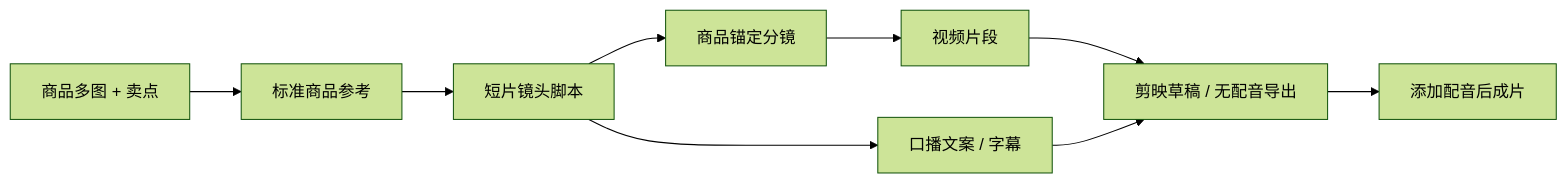
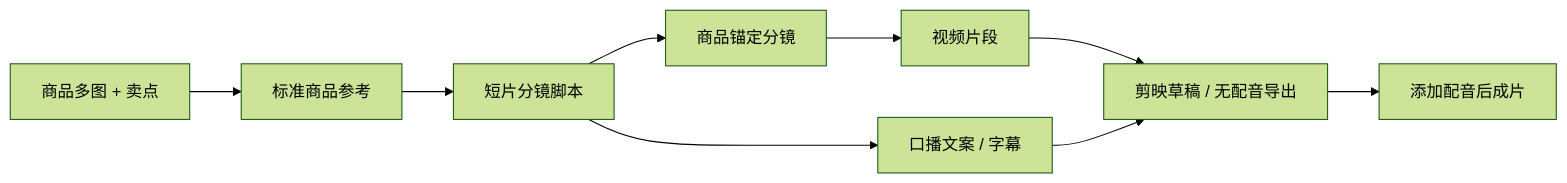
The third of 3 diagrams in website/docs/guide/workflows.md (ArcReel/ArcReel), drawn with Mermaid (forest theme) before and after one commit. The commit also changed other lines of this file and 93 other files, not shown here.

````diff
--- a/website/docs/guide/workflows.md
+++ b/website/docs/guide/workflows.md
@@ -172,11 +172,11 @@
 ```mermaid
 flowchart LR
     A["商品多图 + 卖点"] --> B["标准商品参考"]
-    B --> C["短片镜头脚本"]
+    B --> C["短片分镜脚本"]
     C --> D["商品锚定分镜"]
     D --> E["视频片段"]
     C --> F["口播文案 / 字幕"]
     E --> G["剪映草稿 / 无配音导出"]
     F --> G
     G --> H["添加配音后成片"]
 ```
````
